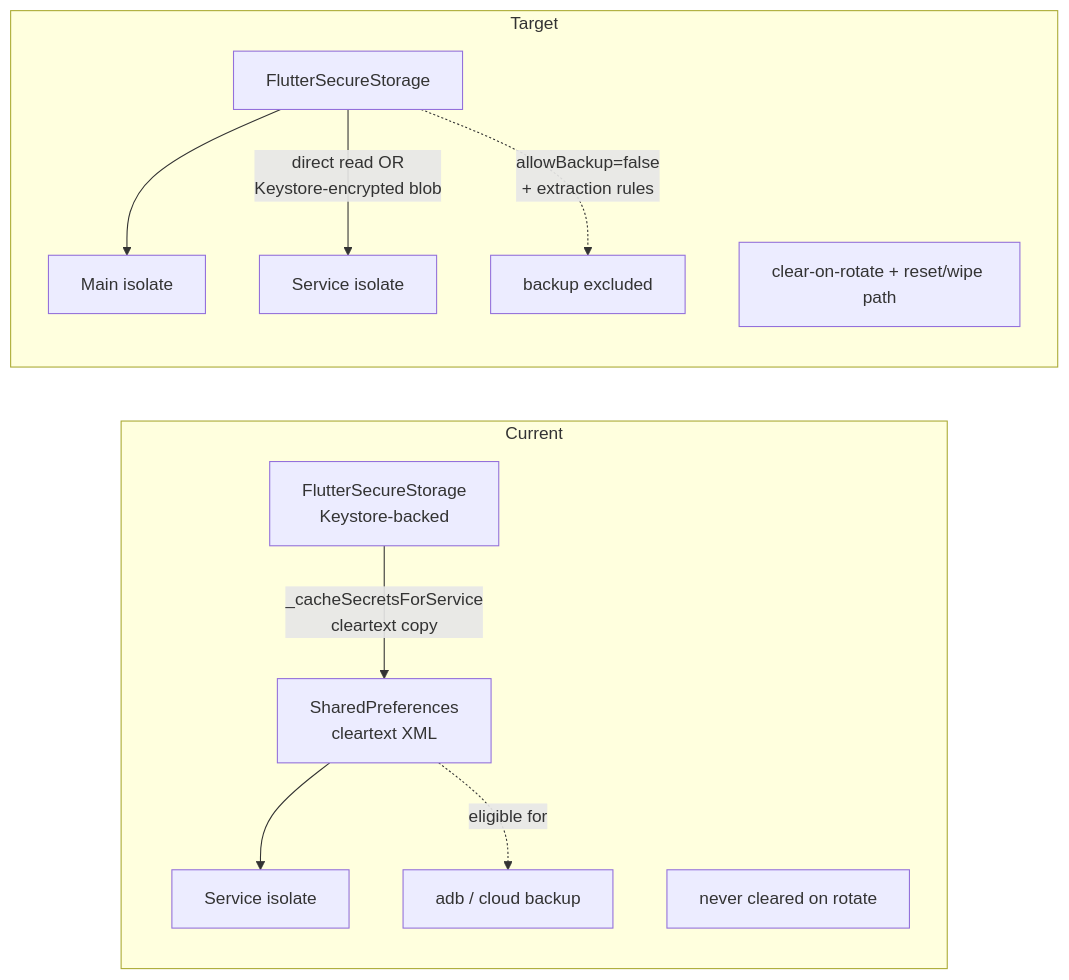
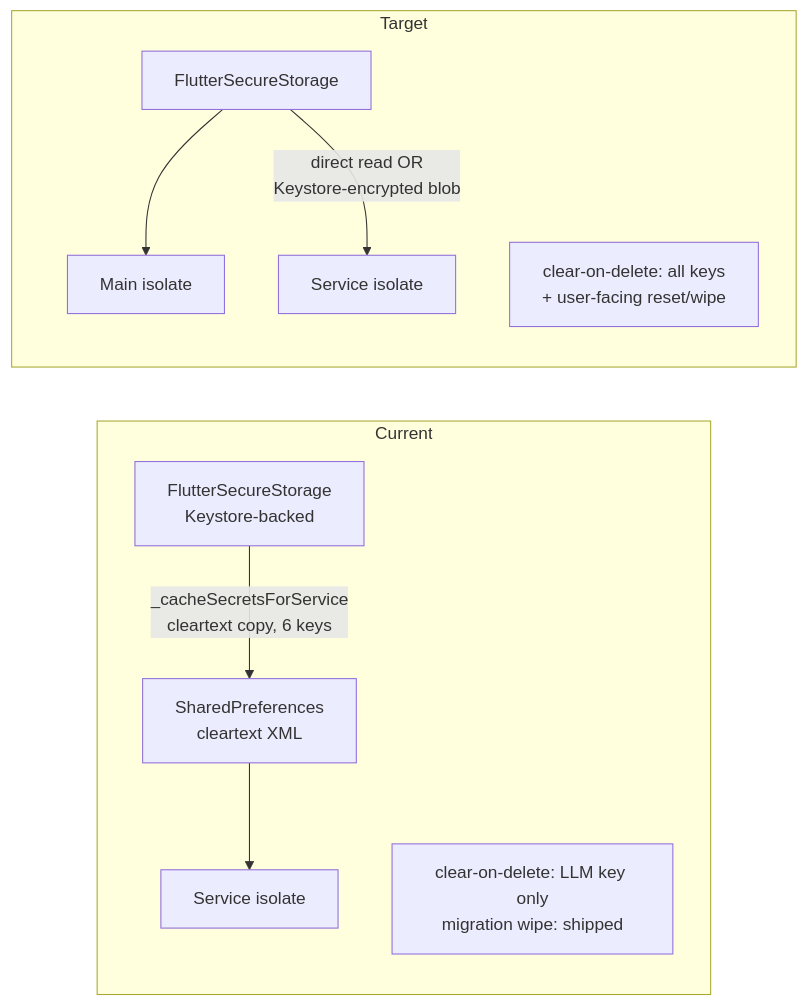
One commit to dgirard/droidclaw changed the second of 3 diagrams in docs/plans/2026-05-31-refactor-project-improvement-roadmap-plan.md. Above: the diagram before and after it, drawn with Mermaid. The commit also changed other lines of this file, not shown here.

Commit message:
docs: refresh improvement roadmap against delivered state (2026-06-10)

````diff
--- a/docs/plans/2026-05-31-refactor-project-improvement-roadmap-plan.md
+++ b/docs/plans/2026-05-31-refactor-project-improvement-roadmap-plan.md
@@ -139,15 +147,13 @@
 ```mermaid
 flowchart LR
   subgraph Current
-    SS1[FlutterSecureStorage<br/>Keystore-backed] -->|_cacheSecretsForService<br/>cleartext copy| SP1[SharedPreferences<br/>cleartext XML]
+    SS1[FlutterSecureStorage<br/>Keystore-backed] -->|_cacheSecretsForService<br/>cleartext copy, 6 keys| SP1[SharedPreferences<br/>cleartext XML]
     SP1 --> SVC1[Service isolate]
-    SP1 -. eligible for .-> BAK1[adb / cloud backup]
-    note1[never cleared on rotate]
+    note1[clear-on-delete: LLM key only<br/>migration wipe: shipped]
   end
   subgraph Target
     SS2[FlutterSecureStorage] --> MAIN2[Main isolate]
     SS2 -->|direct read OR<br/>Keystore-encrypted blob| SVC2[Service isolate]
-    SS2 -. allowBackup=false<br/>+ extraction rules .-> BAK2[backup excluded]
-    note2[clear-on-rotate + reset/wipe path]
+    note2[clear-on-delete: all keys<br/>+ user-facing reset/wipe]
   end
 ```
````
